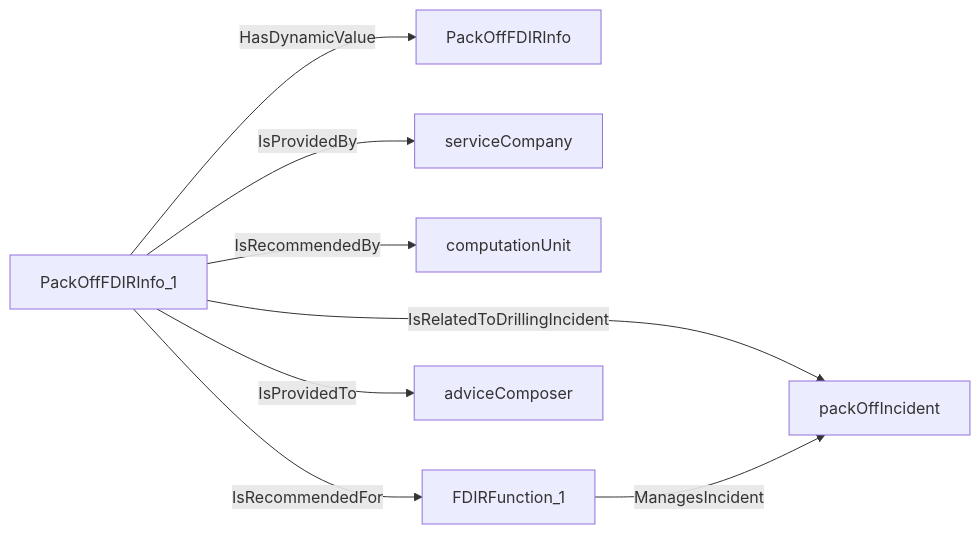
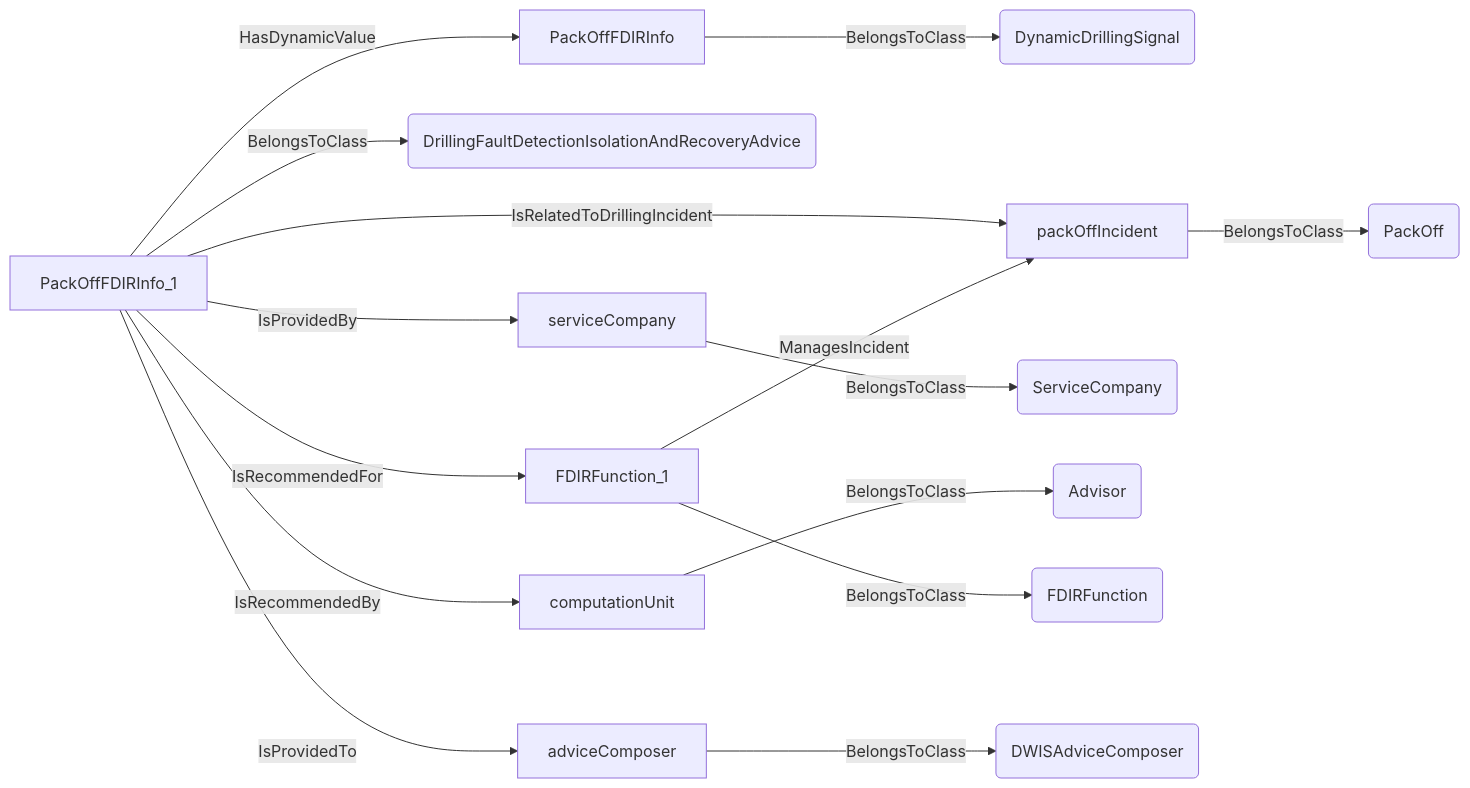
Diagram 12 of 17 in docs/vocabulary_development/auto-generated/md/definition-files/DrillingIncident.md (D-WIS/DDHub-Semantic-Interoperability), drawn with Mermaid before and after one commit. The commit also changed other lines of this file and 14 other files, not shown here.

````diff
--- a/docs/vocabulary_development/auto-generated/md/definition-files/DrillingIncident.md
+++ b/docs/vocabulary_development/auto-generated/md/definition-files/DrillingIncident.md
@@ -646,10 +786,17 @@
 ```mermaid
 graph LR
-	N0000[PackOffFDIRInfo_1] -->|HasDynamicValue| N0001[PackOffFDIRInfo] 
-	N0000[PackOffFDIRInfo_1] -->|IsRelatedToDrillingIncident| N0002[packOffIncident] 
-	N0000[PackOffFDIRInfo_1] -->|IsProvidedBy| N0003[serviceCompany] 
-	N0000[PackOffFDIRInfo_1] -->|IsRecommendedBy| N0004[computationUnit] 
-	N0005[FDIRFunction_1] -->|ManagesIncident| N0002[packOffIncident] 
-	N0000[PackOffFDIRInfo_1] -->|IsRecommendedFor| N0005[FDIRFunction_1] 
-	N0000[PackOffFDIRInfo_1] -->|IsProvidedTo| N0006[adviceComposer] 
+	N0000[PackOffFDIRInfo] -->|BelongsToClass| N0001(DynamicDrillingSignal) 
+	N0002[PackOffFDIRInfo_1] -->|BelongsToClass| N0003(DrillingFaultDetectionIsolationAndRecoveryAdvice) 
+	N0002[PackOffFDIRInfo_1] -->|HasDynamicValue| N0000[PackOffFDIRInfo] 
+	N0004[packOffIncident] -->|BelongsToClass| N0005(PackOff) 
+	N0002[PackOffFDIRInfo_1] -->|IsRelatedToDrillingIncident| N0004[packOffIncident] 
+	N0006[serviceCompany] -->|BelongsToClass| N0007(ServiceCompany) 
+	N0002[PackOffFDIRInfo_1] -->|IsProvidedBy| N0006[serviceCompany] 
+	N0008[computationUnit] -->|BelongsToClass| N0009(Advisor) 
+	N0002[PackOffFDIRInfo_1] -->|IsRecommendedBy| N0008[computationUnit] 
+	N0010[FDIRFunction_1] -->|BelongsToClass| N0011(FDIRFunction) 
+	N0010[FDIRFunction_1] -->|ManagesIncident| N0004[packOffIncident] 
+	N0002[PackOffFDIRInfo_1] -->|IsRecommendedFor| N0010[FDIRFunction_1] 
+	N0012[adviceComposer] -->|BelongsToClass| N0013(DWISAdviceComposer) 
+	N0002[PackOffFDIRInfo_1] -->|IsProvidedTo| N0012[adviceComposer] 
 ```
````
